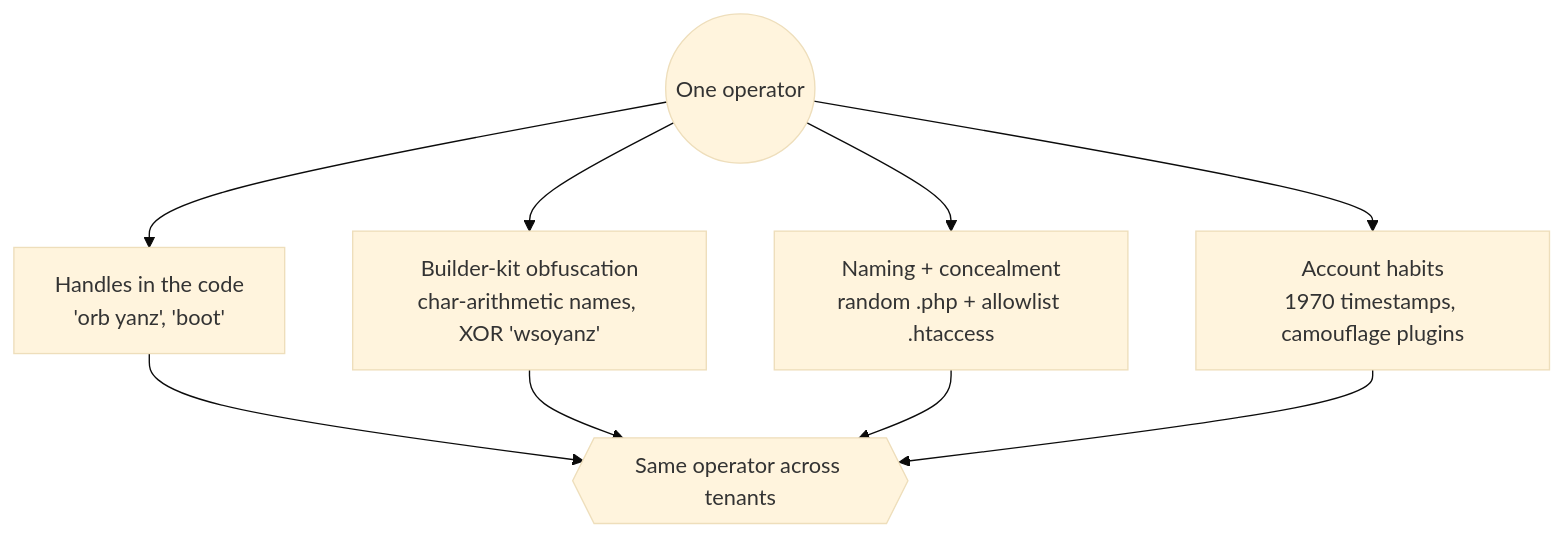
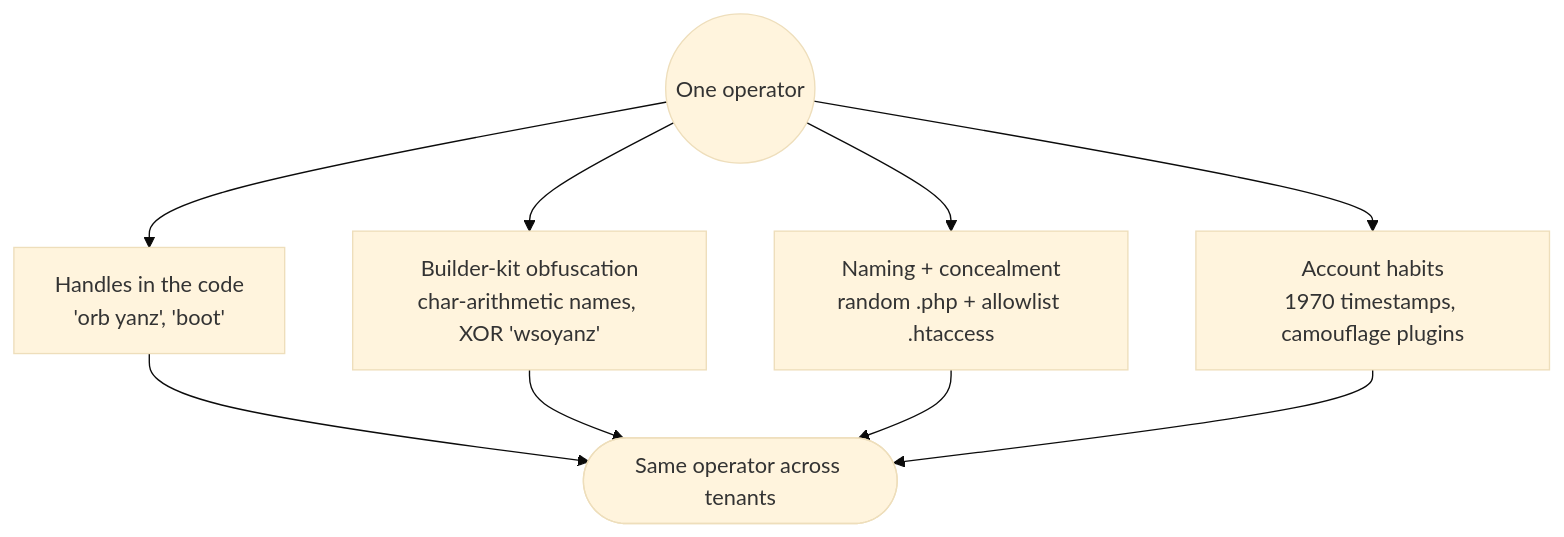
Before and after one commit to ZenithGenius/wordpress-webshell-campaign: the second of 2 diagrams in analysis/04-tracing.md, drawn with Mermaid (base theme).

Commit message:
fix: 04-tracing mermaid hexagon {{}} eaten by Liquid; use stadium shape

````diff
--- a/analysis/04-tracing.md
+++ b/analysis/04-tracing.md
@@ -69,11 +69,11 @@
 ```mermaid
 flowchart TB
     ACT((One operator)) --> H["Handles in the code<br/>'orb yanz', 'boot'"]
     ACT --> K["Builder-kit obfuscation<br/>char-arithmetic names, XOR 'wsoyanz'"]
     ACT --> N["Naming + concealment<br/>random .php + allowlist .htaccess"]
     ACT --> A["Account habits<br/>1970 timestamps, camouflage plugins"]
-    H --> CL{{"Same operator across tenants"}}
+    H --> CL(["Same operator across tenants"])
     K --> CL
     N --> CL
     A --> CL
 ```
````
